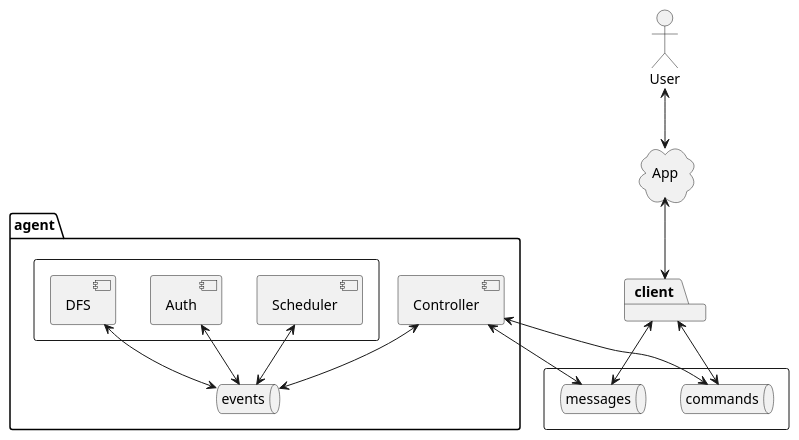
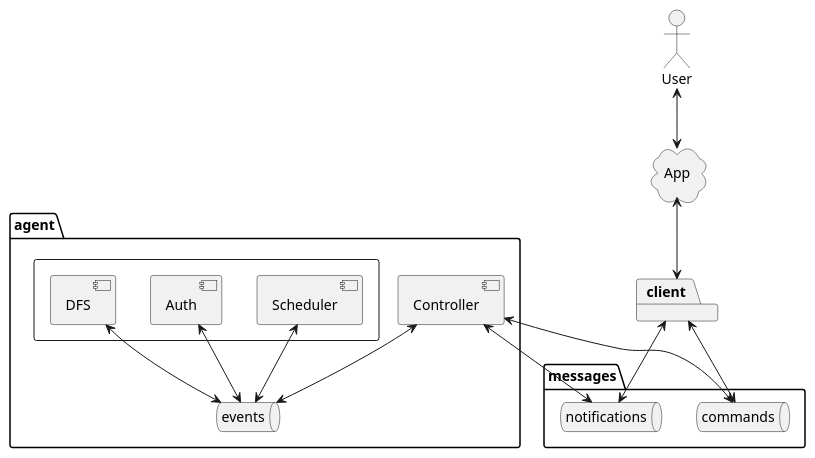
One commit to saratoga8/motion_notifier changed the diagram in docs/use_cases/connections.puml. Above: the diagram before and after it, drawn with PlantUML. The commit also changed 2 other files, not shown here.

```diff
--- a/docs/use_cases/connections.puml
+++ b/docs/use_cases/connections.puml
@@ -1,39 +1,39 @@
 @startuml
 'https://plantuml.com/deployment-diagram
 
 
 
 cloud App
 actor User
 package client
 
 
 package agent {
   component Controller
-  queue events
+  queue events as agent_events
 
   rectangle {
     component DFS
     component Auth
     component Scheduler
   }
 
-  Auth <-> events
-  DFS <-> events
-  Scheduler <-down-> events
-  Controller <-down-> events
+  Auth <-> agent_events
+  DFS <-> agent_events
+  Scheduler <-down-> agent_events
+  Controller <-down-> agent_events
 }
 
-rectangle {
+package messages {
   queue commands
-  queue messages
+  queue notifications
 }
 
 User <-down-> App
 App <-down-> client
 client <-> commands
 commands <-> Controller
-Controller <-down-> messages
-client <-down-> messages
+Controller <-down-> notifications
+client <-down-> notifications
 
 @enduml
```
